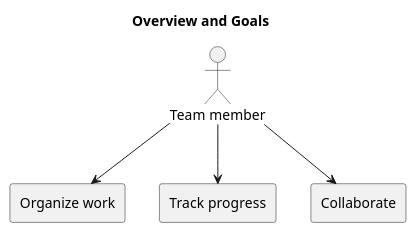
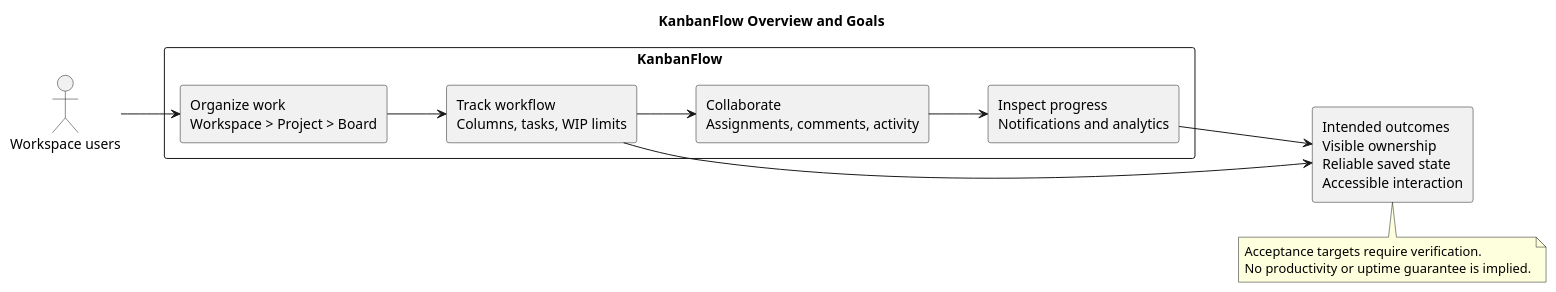
The diagram in docs/Project-Definition/diagrams/overview-and-goals.puml (Farhad-Valizadegan/Web-KanbanFlow), drawn with PlantUML before and after one commit. The commit also changed 2 other files, not shown here.

Commit message:
docs: complete KanbanFlow overview and product goals

```diff
--- a/docs/Project-Definition/diagrams/overview-and-goals.puml
+++ b/docs/Project-Definition/diagrams/overview-and-goals.puml
@@ -1,10 +1,22 @@
 @startuml
-title Overview and Goals
-actor "Team member" as U
-rectangle "Organize work" as W
-rectangle "Track progress" as P
-rectangle "Collaborate" as C
-U --> W
-U --> P
-U --> C
+title KanbanFlow Overview and Goals
+left to right direction
+actor "Workspace users" as U
+rectangle "KanbanFlow" {
+ rectangle "Organize work\nWorkspace > Project > Board" as O
+ rectangle "Track workflow\nColumns, tasks, WIP limits" as W
+ rectangle "Collaborate\nAssignments, comments, activity" as C
+ rectangle "Inspect progress\nNotifications and analytics" as A
+}
+rectangle "Intended outcomes\nVisible ownership\nReliable saved state\nAccessible interaction" as R
+U --> O
+O --> W
+W --> C
+C --> A
+W --> R
+A --> R
+note bottom of R
+Acceptance targets require verification.
+No productivity or uptime guarantee is implied.
+end note
 @enduml
```
